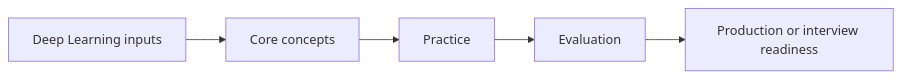
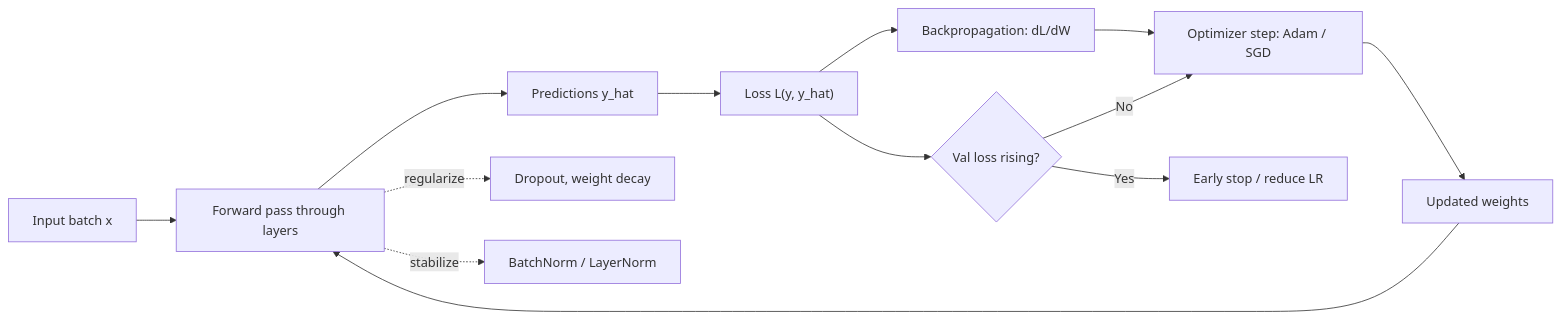
The diagram in diagrams/06-deep-learning.mmd (Icon1cc/Machine-Learning), drawn with Mermaid before and after one commit. The commit also changed 118 other files, not shown here.

```diff
--- a/diagrams/06-deep-learning.mmd
+++ b/diagrams/06-deep-learning.mmd
@@ -1,5 +1,13 @@
 flowchart LR
-    A[Deep Learning inputs] --> B[Core concepts]
-    B --> C[Practice]
-    C --> D[Evaluation]
-    D --> E[Production or interview readiness]
+    A[Input batch x] --> B[Forward pass through layers]
+    B --> C[Predictions y_hat]
+    C --> D["Loss L(y, y_hat)"]
+    D --> E[Backpropagation: dL/dW]
+    E --> F[Optimizer step: Adam / SGD]
+    F --> G[Updated weights]
+    G --> B
+    B -. regularize .-> H[Dropout, weight decay]
+    B -. stabilize .-> I[BatchNorm / LayerNorm]
+    D --> J{Val loss rising?}
+    J -- Yes --> K[Early stop / reduce LR]
+    J -- No --> F
```
